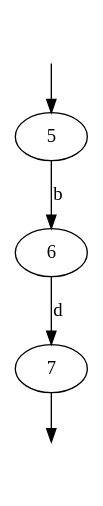
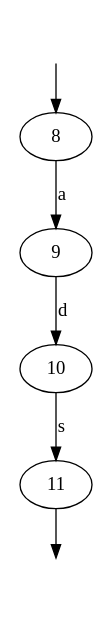
The diagram in RegexParser/RegexParser/graph.dot (qwerfah/compilers-design), drawn with Graphviz before and after one commit. The commit also changed 6 other files, not shown here.

```diff
--- a/RegexParser/RegexParser/graph.dot
+++ b/RegexParser/RegexParser/graph.dot
@@ -1,8 +1,9 @@
 digraph FSM {
 In [shape=none fontcolor=white]
-In -> 5
-Out7 [shape=none fontcolor=white]
-7 -> Out7
-5 -> 6 [label="b"]
-6 -> 7 [label="d"]
+In -> 8
+Out11 [shape=none fontcolor=white]
+11 -> Out11
+9 -> 10 [label="d"]
+10 -> 11 [label="s"]
+8 -> 9 [label="a"]
 }
```
